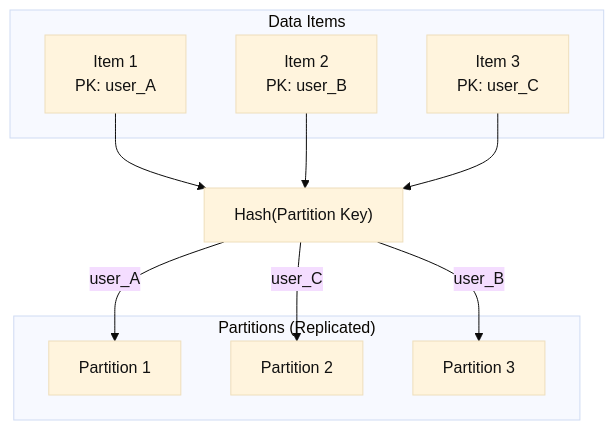
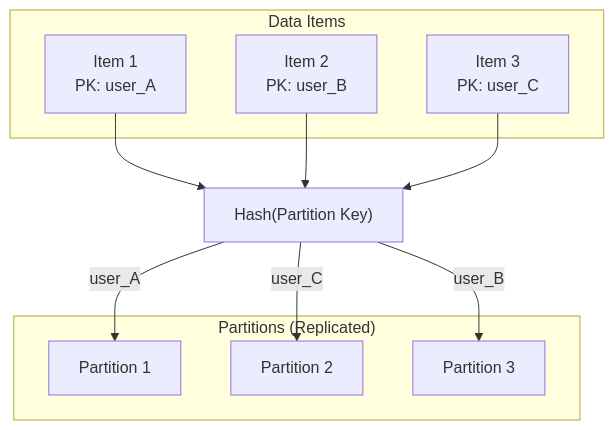
The second of 3 diagrams in slides.md (andomeder/dynamodb), drawn with Mermaid before and after one commit. The commit also changed other lines of this file and 1 other file, not shown here.

First line of the commit message:
feat: Refactor presentation styling and theme

````diff
--- a/slides.md
+++ b/slides.md
@@ -335,21 +343,20 @@
 ```mermaid
-%%{ init: { "theme": "base", "themeVariables": { "primaryTextColor": "#111" } } }%%
 graph TD
     subgraph Data Items
-        A["Item 1<br><span class='opacity-50'>PK: user_A</span>"]
-        B["Item 2<br><span class='opacity-50'>PK: user_B</span>"]
-        C["Item 3<br><span class='opacity-50'>PK: user_C</span>"]
+        A["Item 1<br><span class='description'>PK: user_A</span>"]
+        B["Item 2<br><span class='description'>PK: user_B</span>"]
+        C["Item 3<br><span class='description'>PK: user_C</span>"]
     end
     
     Hash["Hash(Partition Key)"]
     
     A --> Hash; B --> Hash; C --> Hash;
     
     subgraph "Partitions (Replicated)"
         P1[Partition 1]
         P2[Partition 2]
         P3[Partition 3]
     end
     
     Hash -- "user_A" --> P1; Hash -- "user_B" --> P3; Hash -- "user_C" --> P2;
 ```
````
